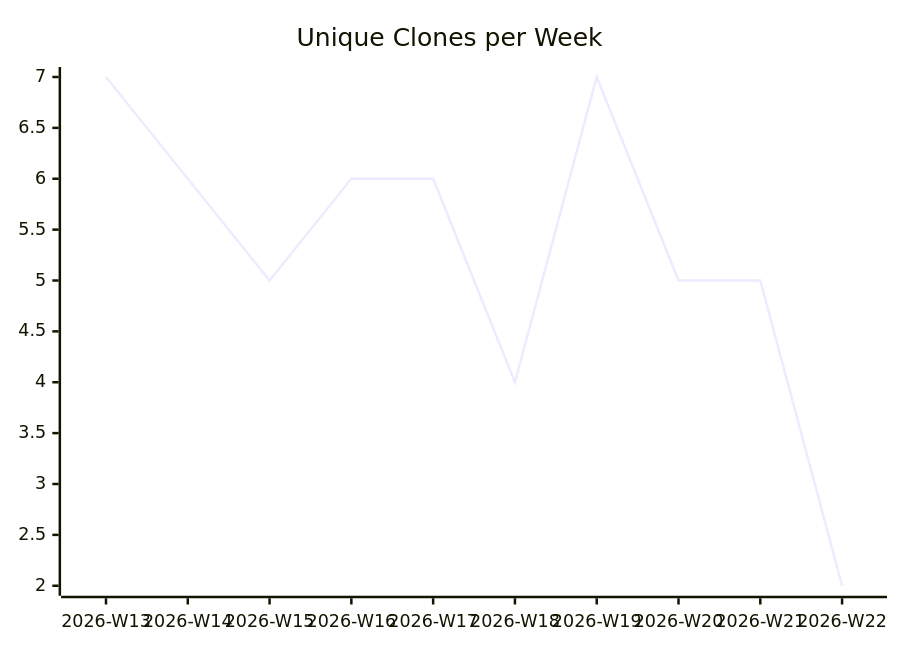
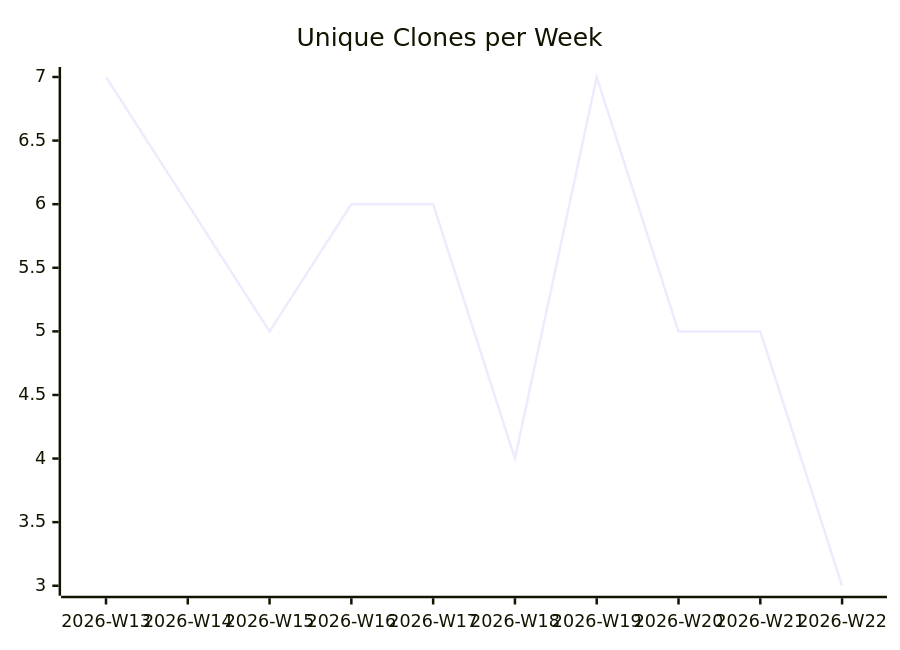
Before and after one commit to justdavis-family/github-analytics-data: the third of 3 diagrams in karlmdavis/lego-ev3dev-rs/README.md, drawn with Mermaid. The commit also changed other lines of this file and 188 other files, not shown here.

````diff
--- a/karlmdavis/lego-ev3dev-rs/README.md
+++ b/karlmdavis/lego-ev3dev-rs/README.md
@@ -19,6 +19,6 @@
 ```mermaid
 xychart-beta
   title "Unique Clones per Week"
   x-axis ["2026-W13", "2026-W14", "2026-W15", "2026-W16", "2026-W17", "2026-W18", "2026-W19", "2026-W20", "2026-W21", "2026-W22"]
-  line [7, 6, 5, 6, 6, 4, 7, 5, 5, 2]
+  line [7, 6, 5, 6, 6, 4, 7, 5, 5, 3]
 ```
````
